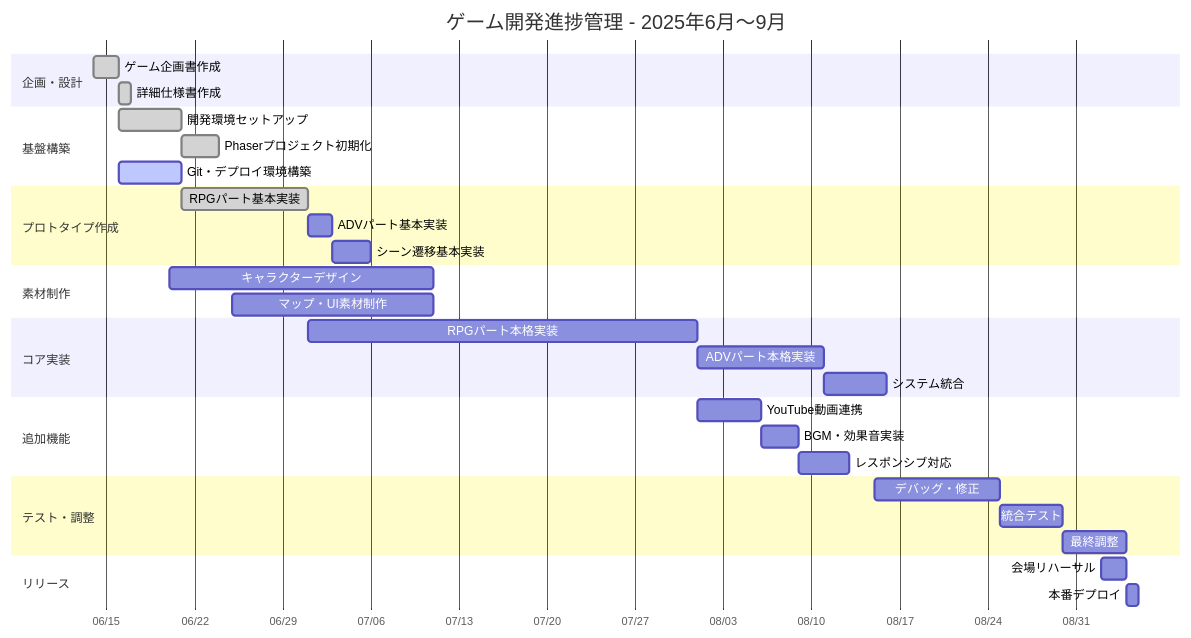
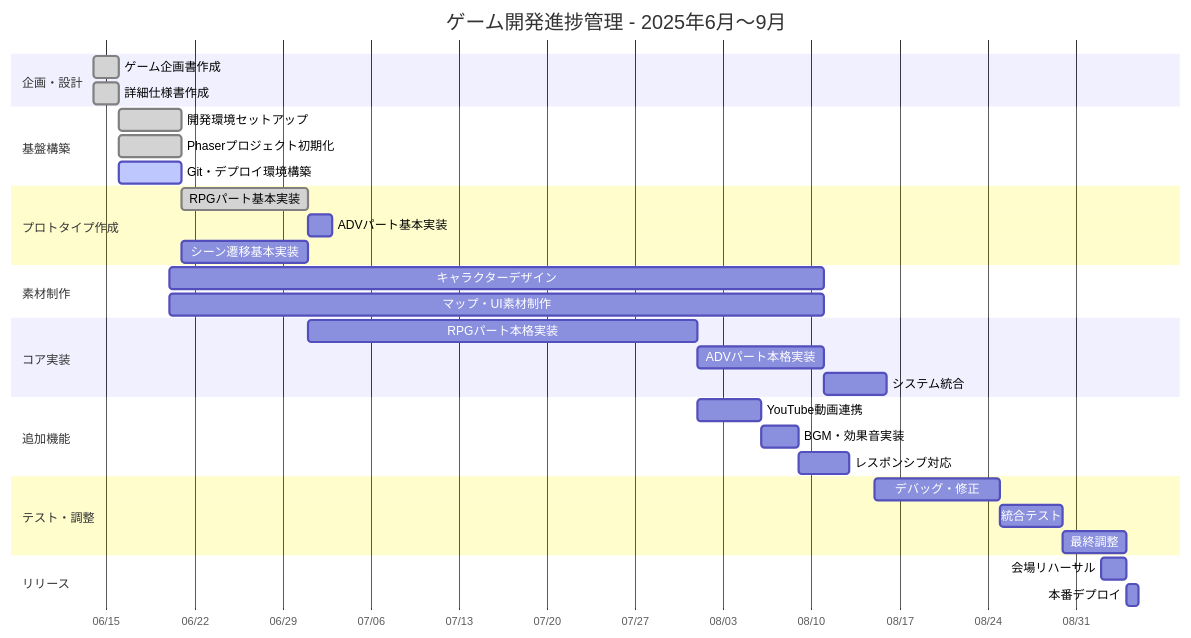
One commit to zos-shoyusoft-proj-hirokazu/hirokazu-life-journey changed the diagram in Documents/milestone.md. Above: the diagram before and after it, drawn with Mermaid.

Commit message:
予定３

````diff
--- a/Documents/milestone.md
+++ b/Documents/milestone.md
@@ -3,43 +3,43 @@
 ```mermaid
 gantt
     title ゲーム開発進捗管理 - 2025年6月〜9月
     dateFormat YYYY-MM-DD
     axisFormat %m/%d
     
     section 企画・設計
     ゲーム企画書作成     :done, planning1, 2025-06-14, 2d
-    詳細仕様書作成       :done, planning2, after planning1, 1d
+    詳細仕様書作成       :done, planning2, 2025-06-14, 2d
     
     section 基盤構築
     開発環境セットアップ :done, dev1, 2025-06-16, 5d
-    Phaserプロジェクト初期化 :done, dev2, after dev1, 3d
+    Phaserプロジェクト初期化 :done, dev2, 2025-06-16, 5d
     Git・デプロイ環境構築 :active, dev3, 2025-06-16, 5d
     
     section プロトタイプ作成
     RPGパート基本実装   :done, proto1, 2025-06-21, 10d
     ADVパート基本実装   :proto2, 2025-07-01, 2d
-    シーン遷移基本実装   :proto3, after proto2, 3d
+    シーン遷移基本実装   :proto3, 2025-06-21, 10d
     
     section 素材制作
-    キャラクターデザイン :asset1, 2025-06-20, 21d
-    マップ・UI素材制作  :asset2, 2025-06-25, 16d
+    キャラクターデザイン :asset1, 2025-06-20, 52d
+    マップ・UI素材制作  :asset2, 2025-06-20, 52d
     
     section コア実装
     RPGパート本格実装   :core1, 2025-07-01, 31d
     ADVパート本格実装   :core2, after core1, 10d
     システム統合        :core3, after core2, 5d
     
     section 追加機能
     YouTube動画連携     :extra1, 2025-08-01, 5d
-    BGM・効果音実装     :extra2, after extra1, 3d
-    レスポンシブ対応     :extra3, after extra2, 4d
+    BGM・効果音実装     :extra2, 2025-08-06, 3d
+    レスポンシブ対応     :extra3, 2025-08-09, 4d
     
     section テスト・調整
     デバッグ・修正       :test1, 2025-08-15, 10d
-    統合テスト          :test2, after test1, 5d
-    最終調整            :test3, after test2, 5d
+    統合テスト          :test2, 2025-08-25, 5d
+    最終調整            :test3, 2025-08-30, 5d
     
     section リリース
     会場リハーサル       :release1, 2025-09-02, 2d
-    本番デプロイ        :release2, after release1, 1d
+    本番デプロイ        :release2, 2025-09-04, 1d
 ```
````
